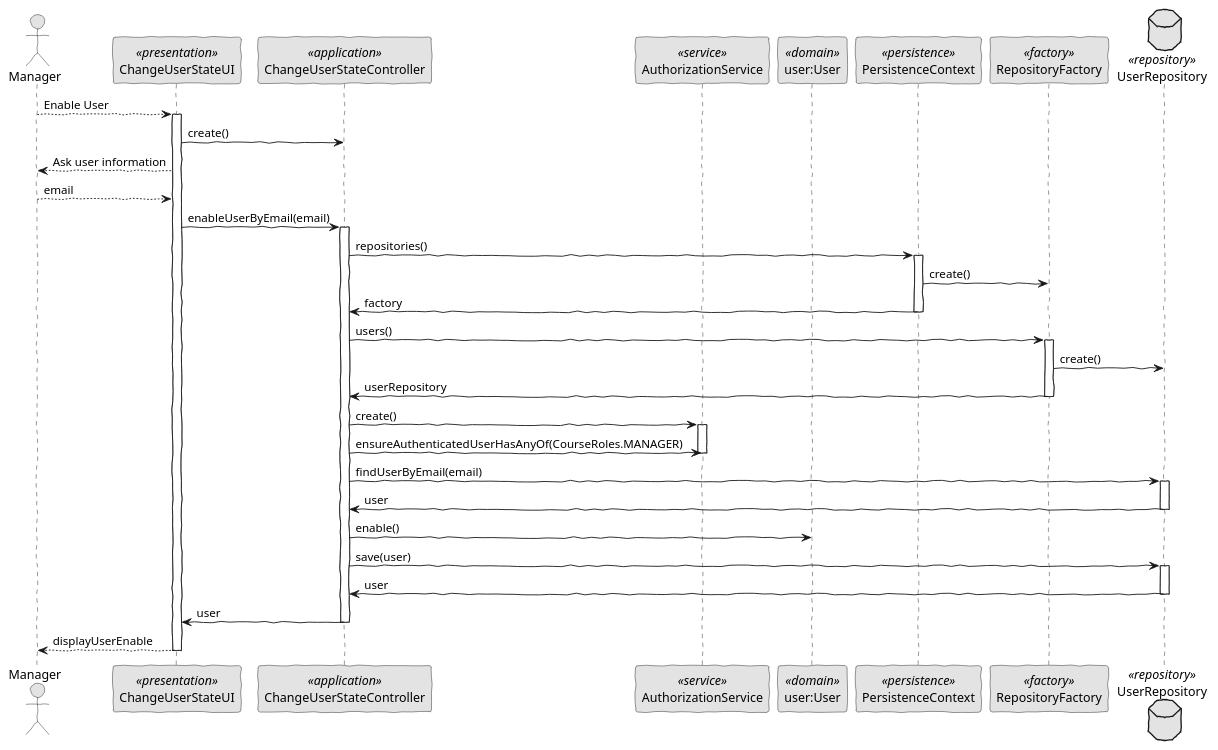
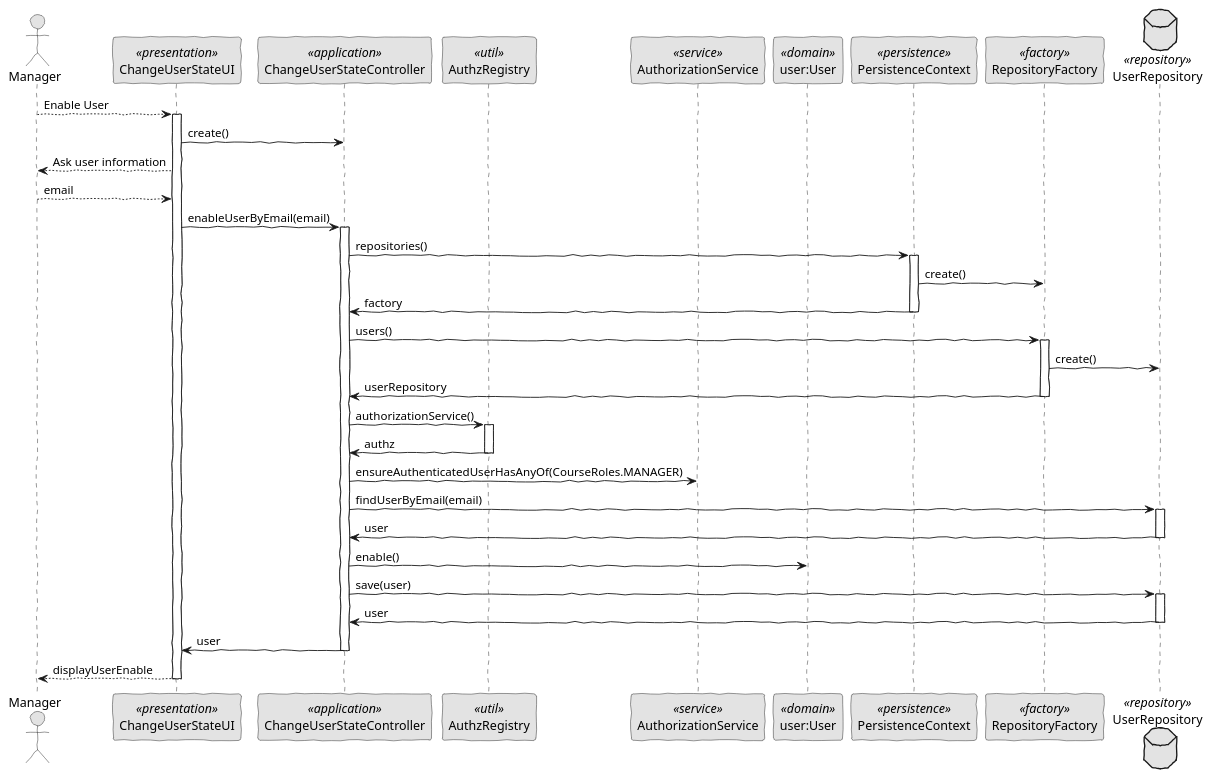
Before and after one commit to brunacosta03/sem4pi_22_23: the diagram in docs/SPRINT B/US_1001/SD/ChangeUsersState-Enable-SD.puml, drawn with PlantUML. The commit also changed 13 other files, not shown here.

Commit message:
docs: add AuthzRegistry to uml

```diff
--- a/docs/SPRINT B/US_1001/SD/ChangeUsersState-Enable-SD.puml
+++ b/docs/SPRINT B/US_1001/SD/ChangeUsersState-Enable-SD.puml
@@ -1,63 +1,68 @@
 @startuml
 'http://plantuml.com/skinparam.html
 skinparam handwritten true
 skinparam monochrome true
 skinparam packageStyle rect
 skinparam defaultFontName FG Virgil
 skinparam shadowing false
 
 actor Manager as Actor
 participant ChangeUserStateUI as UI <<presentation>>
 participant ChangeUserStateController as Controller <<application>>
+participant AuthzRegistry as Registry <<util>>
 participant AuthorizationService as AuthzService <<service>>
 participant "user:User" as Domain <<domain>>
 participant PersistenceContext as Persistence <<persistence>>
 participant RepositoryFactory as Factory <<factory>>
 database UserRepository as Repository <<repository>>
 
 
 Actor --> UI: Enable User
 activate UI
     UI -> Controller: create()
     UI --> Actor: Ask user information
 
     Actor --> UI: email
         
     UI -> Controller: enableUserByEmail(email)
     activate Controller
 
         Controller -> Persistence: repositories()
         activate Persistence
         Persistence -> Factory: create()
         Persistence -> Controller: factory
         deactivate Persistence
 
         Controller -> Factory: users()
         activate Factory
         Factory -> Repository: create()
         Factory -> Controller: userRepository
         deactivate Factory
 
-        Controller -> AuthzService: create()
-        activate AuthzService
+
+        Controller -> Registry: authorizationService()
+        activate Registry
+        Registry -> Controller: authz
+        deactivate Registry
+
         Controller -> AuthzService: ensureAuthenticatedUserHasAnyOf(CourseRoles.MANAGER)
-        deactivate AuthzService
+
 
         Controller -> Repository: findUserByEmail(email)
         activate Repository
         Repository -> Controller: user
         deactivate Repository
 
         Controller -> Domain: enable()
 
         Controller -> Repository: save(user)
         activate Repository
         Repository -> Controller: user
         deactivate Repository
 
         Controller -> UI:user
         deactivate Controller
         UI --> Actor: displayUserEnable
 
 deactivate UI
 @enduml
```
